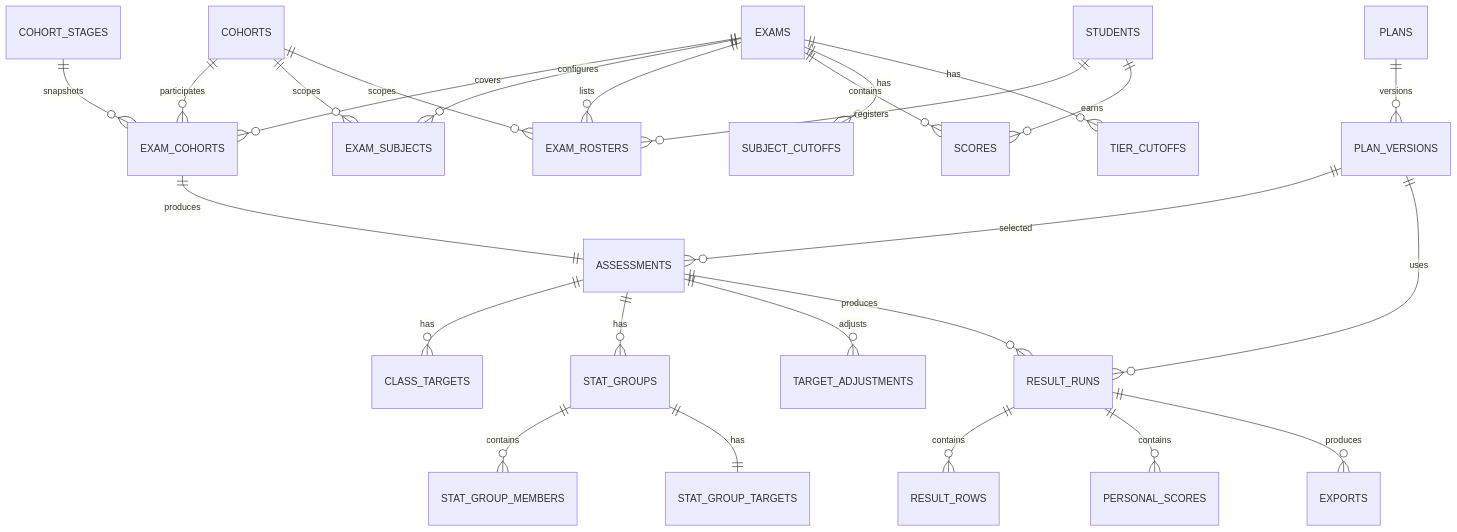
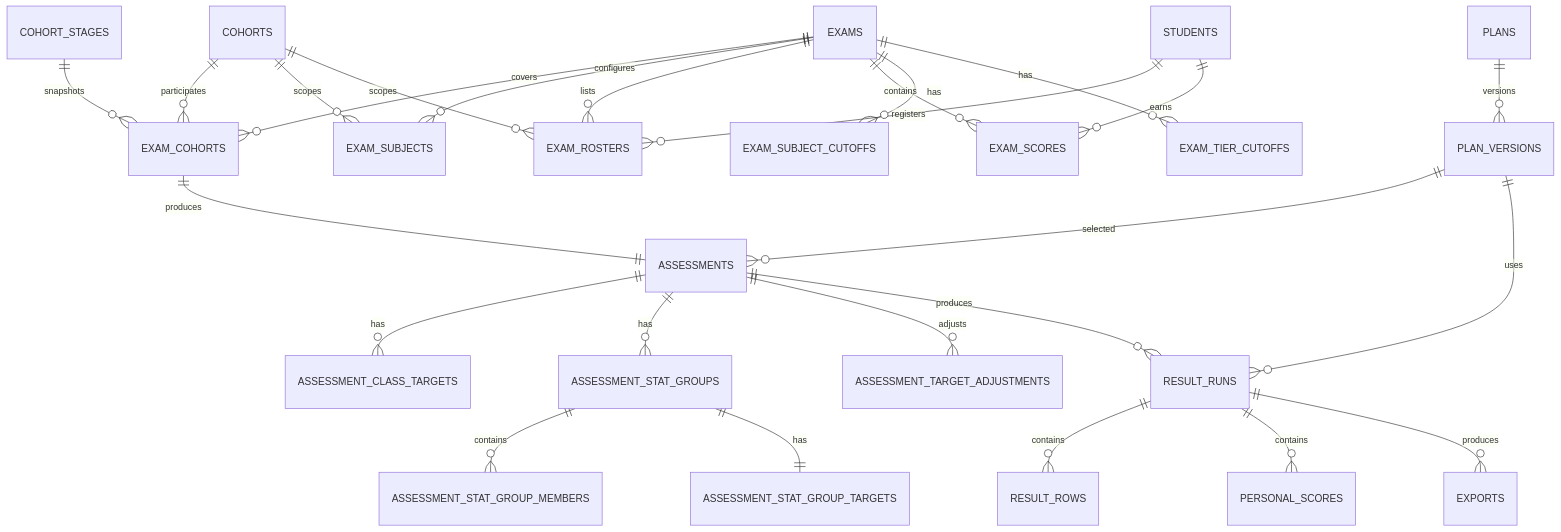
One commit to SivonLi/Tally changed the eighth of 8 diagrams in docs/product-redesign.md. Above: the diagram before and after it, drawn with Mermaid. The commit also changed other lines of this file and 3 other files, not shown here.

````diff
--- a/docs/product-redesign.md
+++ b/docs/product-redesign.md
@@ -1726,28 +1726,28 @@
 ```mermaid
 erDiagram
   COHORTS ||--o{ EXAM_COHORTS : participates
   EXAMS ||--o{ EXAM_COHORTS : covers
   COHORT_STAGES ||--o{ EXAM_COHORTS : snapshots
   COHORTS ||--o{ EXAM_SUBJECTS : scopes
   EXAMS ||--o{ EXAM_SUBJECTS : configures
   COHORTS ||--o{ EXAM_ROSTERS : scopes
   EXAMS ||--o{ EXAM_ROSTERS : lists
   STUDENTS ||--o{ EXAM_ROSTERS : registers
-  EXAMS ||--o{ SCORES : contains
-  STUDENTS ||--o{ SCORES : earns
-  EXAMS ||--o{ SUBJECT_CUTOFFS : has
-  EXAMS ||--o{ TIER_CUTOFFS : has
+  EXAMS ||--o{ EXAM_SCORES : contains
+  STUDENTS ||--o{ EXAM_SCORES : earns
+  EXAMS ||--o{ EXAM_SUBJECT_CUTOFFS : has
+  EXAMS ||--o{ EXAM_TIER_CUTOFFS : has
   EXAM_COHORTS ||--|| ASSESSMENTS : produces
-  ASSESSMENTS ||--o{ CLASS_TARGETS : has
-  ASSESSMENTS ||--o{ STAT_GROUPS : has
-  ASSESSMENTS ||--o{ TARGET_ADJUSTMENTS : adjusts
-  STAT_GROUPS ||--o{ STAT_GROUP_MEMBERS : contains
-  STAT_GROUPS ||--|| STAT_GROUP_TARGETS : has
+  ASSESSMENTS ||--o{ ASSESSMENT_CLASS_TARGETS : has
+  ASSESSMENTS ||--o{ ASSESSMENT_STAT_GROUPS : has
+  ASSESSMENTS ||--o{ ASSESSMENT_TARGET_ADJUSTMENTS : adjusts
+  ASSESSMENT_STAT_GROUPS ||--o{ ASSESSMENT_STAT_GROUP_MEMBERS : contains
+  ASSESSMENT_STAT_GROUPS ||--|| ASSESSMENT_STAT_GROUP_TARGETS : has
   PLANS ||--o{ PLAN_VERSIONS : versions
   PLAN_VERSIONS ||--o{ ASSESSMENTS : selected
   ASSESSMENTS ||--o{ RESULT_RUNS : produces
   PLAN_VERSIONS ||--o{ RESULT_RUNS : uses
   RESULT_RUNS ||--o{ RESULT_ROWS : contains
   RESULT_RUNS ||--o{ PERSONAL_SCORES : contains
   RESULT_RUNS ||--o{ EXPORTS : produces
 ```
````
